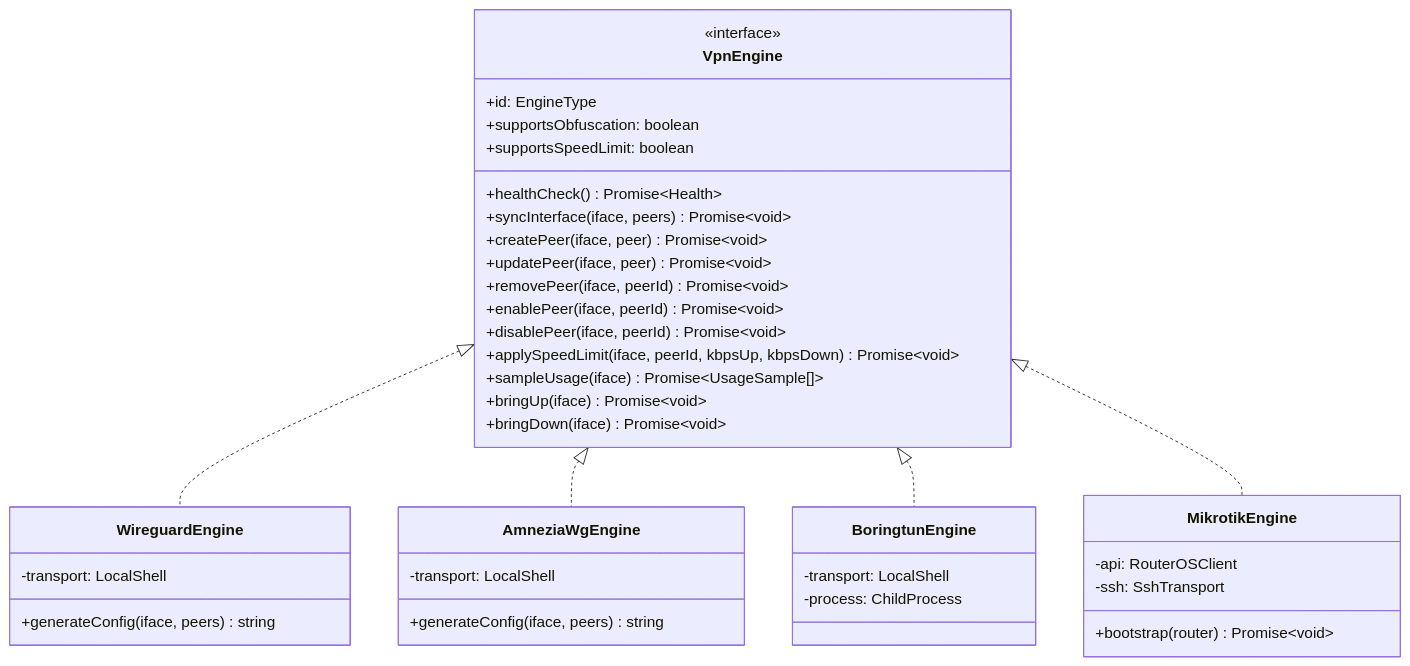
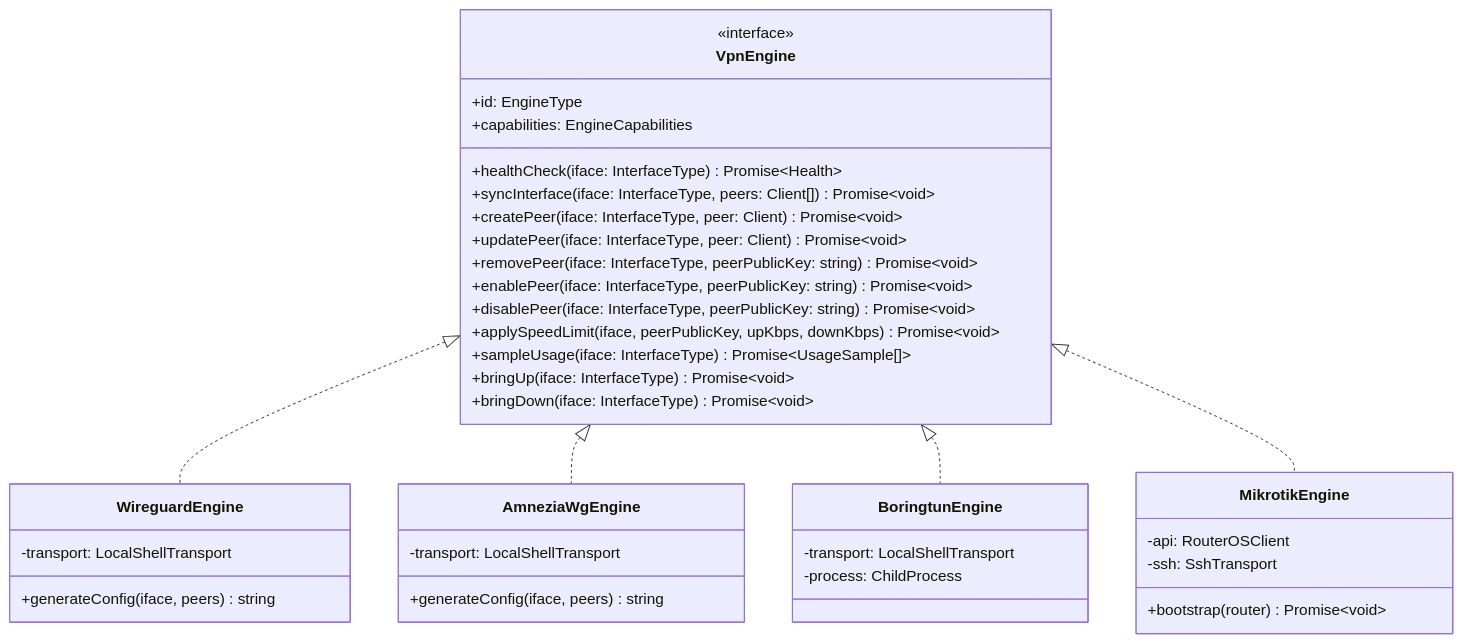
One commit to manawenuz/wg-easy changed the third of 12 diagrams in docs/obsidian/architecture.md. Above: the diagram before and after it, drawn with Mermaid.

Commit message:
docs(obsidian): align architecture diagram with implementation

````diff
--- a/docs/obsidian/architecture.md
+++ b/docs/obsidian/architecture.md
@@ -86,43 +86,42 @@
 ```mermaid
 classDiagram
     class VpnEngine {
         <<interface>>
         +id: EngineType
-        +supportsObfuscation: boolean
-        +supportsSpeedLimit: boolean
-        +healthCheck() Promise~Health~
-        +syncInterface(iface, peers) Promise~void~
-        +createPeer(iface, peer) Promise~void~
-        +updatePeer(iface, peer) Promise~void~
-        +removePeer(iface, peerId) Promise~void~
-        +enablePeer(iface, peerId) Promise~void~
-        +disablePeer(iface, peerId) Promise~void~
-        +applySpeedLimit(iface, peerId, kbpsUp, kbpsDown) Promise~void~
-        +sampleUsage(iface) Promise~UsageSample[]~
-        +bringUp(iface) Promise~void~
-        +bringDown(iface) Promise~void~
+        +capabilities: EngineCapabilities
+        +healthCheck(iface: InterfaceType) Promise~Health~
+        +syncInterface(iface: InterfaceType, peers: Client[]) Promise~void~
+        +createPeer(iface: InterfaceType, peer: Client) Promise~void~
+        +updatePeer(iface: InterfaceType, peer: Client) Promise~void~
+        +removePeer(iface: InterfaceType, peerPublicKey: string) Promise~void~
+        +enablePeer(iface: InterfaceType, peerPublicKey: string) Promise~void~
+        +disablePeer(iface: InterfaceType, peerPublicKey: string) Promise~void~
+        +applySpeedLimit(iface, peerPublicKey, upKbps, downKbps) Promise~void~
+        +sampleUsage(iface: InterfaceType) Promise~UsageSample[]~
+        +bringUp(iface: InterfaceType) Promise~void~
+        +bringDown(iface: InterfaceType) Promise~void~
     }
 
     class WireguardEngine {
-        -transport: LocalShell
+        -transport: LocalShellTransport
         +generateConfig(iface, peers) string
     }
     class AmneziaWgEngine {
-        -transport: LocalShell
+        -transport: LocalShellTransport
         +generateConfig(iface, peers) string
     }
     class BoringtunEngine {
-        -transport: LocalShell
+        -transport: LocalShellTransport
         -process: ChildProcess
     }
     class MikrotikEngine {
         -api: RouterOSClient
         -ssh: SshTransport
         +bootstrap(router) Promise~void~
     }
 
     VpnEngine <|.. WireguardEngine
     VpnEngine <|.. AmneziaWgEngine
     VpnEngine <|.. BoringtunEngine
     VpnEngine <|.. MikrotikEngine
 ```
````
